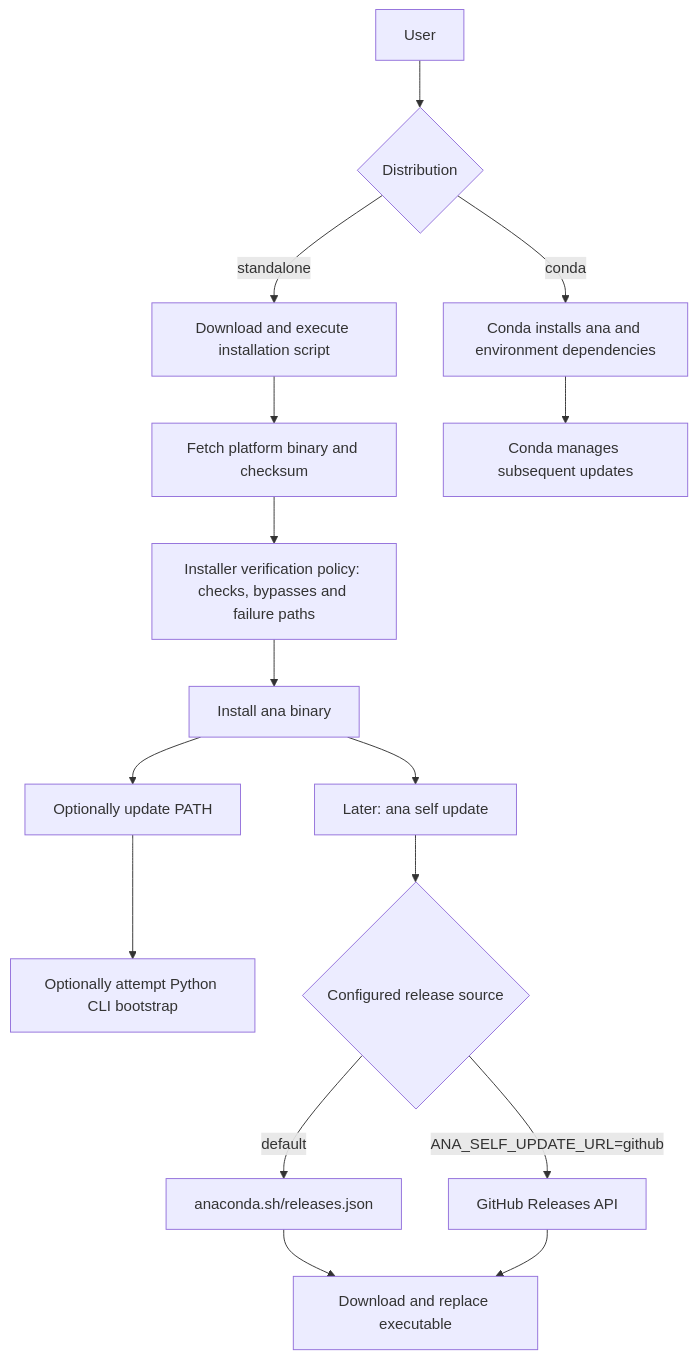
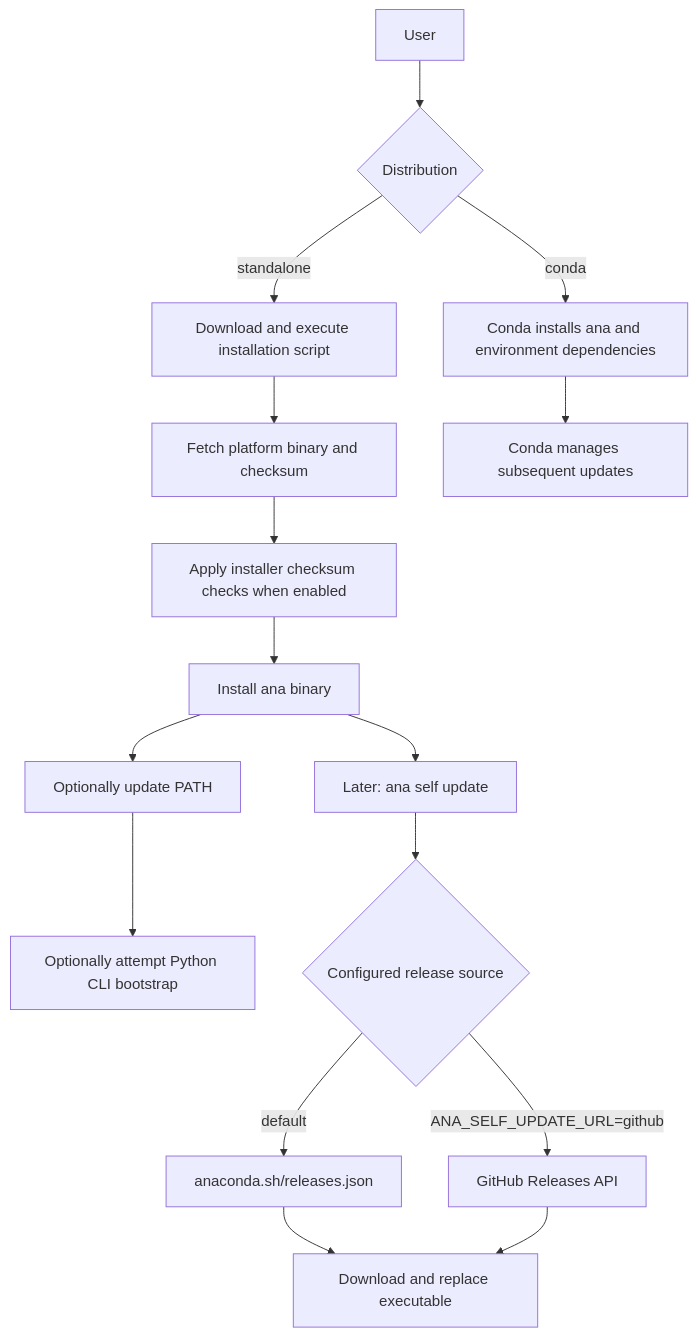
One commit to anaconda/anaconda-cli changed the fifth of 5 diagrams in docs/architecture.md. Above: the diagram before and after it, drawn with Mermaid. The commit also changed other lines of this file, not shown here.

Commit message:
docs: Make architecture documentation evergreen

````diff
--- a/docs/architecture.md
+++ b/docs/architecture.md
@@ -229,18 +221,18 @@
 ```mermaid
 flowchart TB
     USER["User"] --> CHOICE{"Distribution"}
     CHOICE -->|"standalone"| SCRIPT["Download and execute installation script"]
     SCRIPT --> FETCH["Fetch platform binary and checksum"]
-    FETCH --> VERIFY["Installer verification policy: checks, bypasses and failure paths"]
+    FETCH --> VERIFY["Apply installer checksum checks when enabled"]
     VERIFY --> INSTALL["Install ana binary"]
     INSTALL --> PATH["Optionally update PATH"]
     PATH --> BOOT["Optionally attempt Python CLI bootstrap"]
     INSTALL --> UPDATE["Later: ana self update"]
     UPDATE --> SOURCE{"Configured release source"}
     SOURCE -->|"default"| STATIC["anaconda.sh/releases.json"]
     SOURCE -->|"ANA_SELF_UPDATE_URL=github"| GITHUB["GitHub Releases API"]
     STATIC --> REPLACE["Download and replace executable"]
     GITHUB --> REPLACE
     CHOICE -->|"conda"| ENV["Conda installs ana and environment dependencies"]
     ENV --> CONDAUPDATE["Conda manages subsequent updates"]
 ```
````
